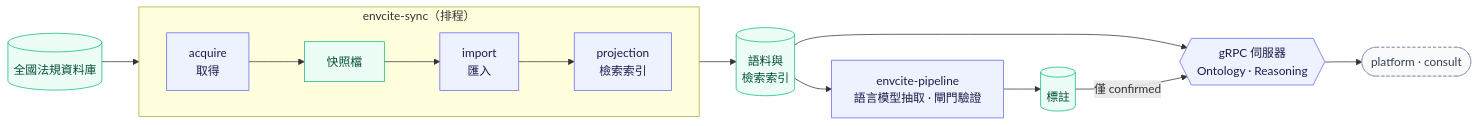
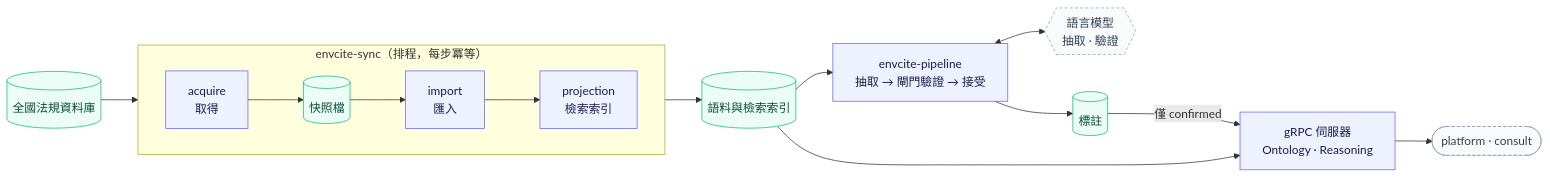
Before and after one commit to elihu0211/envcite: the diagram in services/ontology/README.md, drawn with Mermaid. The commit also changed other lines of this file and 41 other files, not shown here.

````diff
--- a/services/ontology/README.md
+++ b/services/ontology/README.md
@@ -16,32 +17,35 @@
 ```mermaid
 %%{init: {"flowchart": {"curve": "basis"}}}%%
 flowchart LR
     src[("全國法規資料庫")]
 
-    subgraph sync["envcite-sync（排程）"]
+    subgraph sync["envcite-sync（排程，每步冪等）"]
         direction LR
-        acquire["acquire<br/>取得"] --> snap["快照檔"]
+        acquire["acquire<br/>取得"] --> snap[("快照檔")]
         snap --> import["import<br/>匯入"]
         import --> proj["projection<br/>檢索索引"]
     end
 
-    corpus[("語料與<br/>檢索索引")]
-    pipeline["envcite-pipeline<br/>語言模型抽取 · 閘門驗證"]
+    corpus[("語料與檢索索引")]
+    llm{{"語言模型<br/>抽取 · 驗證"}}
+    pipeline["envcite-pipeline<br/>抽取 → 閘門驗證 → 接受"]
     ann[("標註")]
-    api{{"gRPC 伺服器<br/>Ontology · Reasoning"}}
+    api["gRPC 伺服器<br/>Ontology · Reasoning"]
     callers(["platform · consult"])
 
     src --> acquire
     proj --> corpus
-    corpus --> pipeline --> ann
+    corpus --> pipeline
+    pipeline <--> llm
+    pipeline --> ann
     corpus --> api
     ann -->|"僅 confirmed"| api
     api --> callers
 
     classDef job fill:#eef2ff,stroke:#6366f1,color:#1e1b4b
     classDef store fill:#ecfdf5,stroke:#10b981,color:#064e3b
     classDef ext fill:#f8fafc,stroke:#94a3b8,stroke-dasharray:4 3,color:#334155
     class acquire,import,proj,pipeline,api job
     class src,snap,corpus,ann store
-    class callers ext
+    class callers,llm ext
 ```
````
